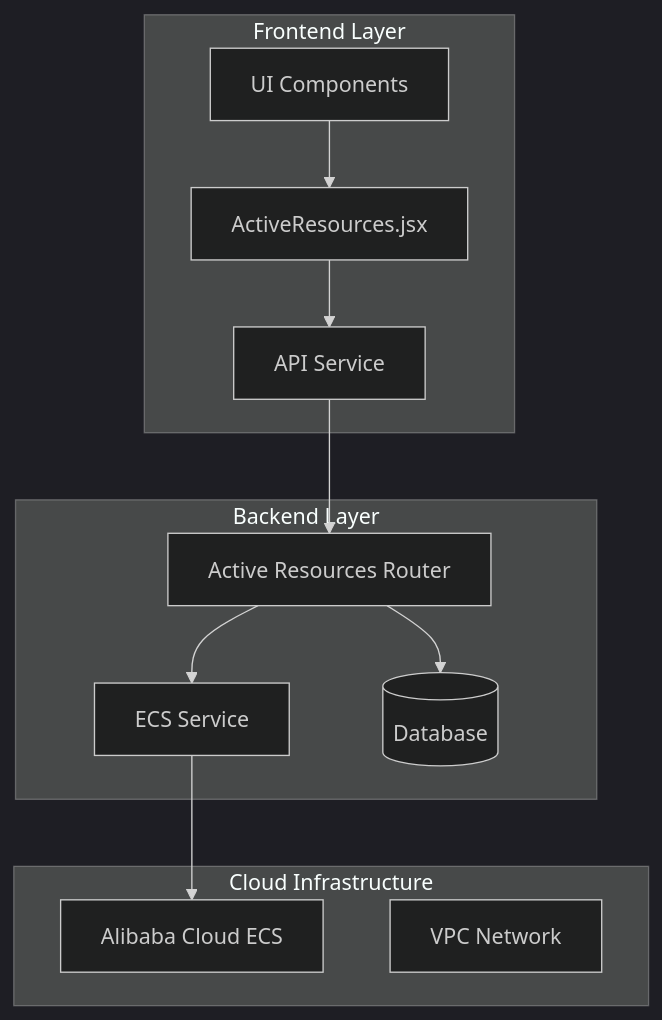
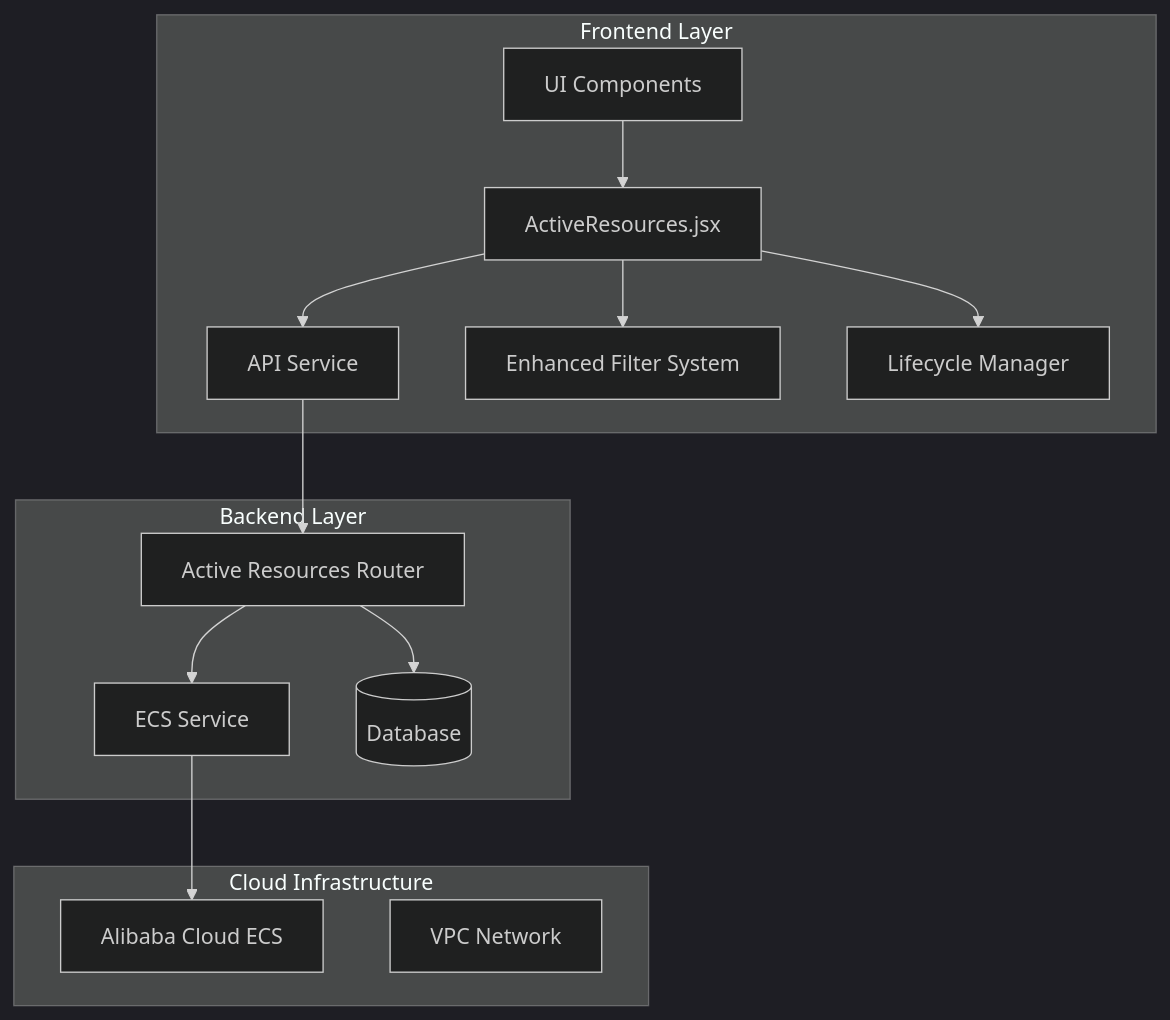
One commit to 14Lucifer/hackathon_ecs_creator changed the first of 6 diagrams in .qoder/repowiki/en/content/Frontend Development/Page Components & Routing/Active Resource Monitoring.md. Above: the diagram before and after it, drawn with Mermaid (dark theme). The commit also changed other lines of this file and 120 other files, not shown here.

````diff
--- a/.qoder/repowiki/en/content/Frontend Development/Page Components & Routing/Active Resource Monitoring.md
+++ b/.qoder/repowiki/en/content/Frontend Development/Page Components & Routing/Active Resource Monitoring.md
@@ -32,23 +43,27 @@
 ```mermaid
 graph TB
 subgraph "Frontend Layer"
 AR[ActiveResources.jsx]
 UI[UI Components]
 API[API Service]
+Filter[Enhanced Filter System]
+Lifecycle[Lifecycle Manager]
 end
 subgraph "Backend Layer"
 Router[Active Resources Router]
 ECS[ECS Service]
 DB[(Database)]
 end
 subgraph "Cloud Infrastructure"
 ALI[Alibaba Cloud ECS]
 VPC[VPC Network]
 end
 AR --> API
+AR --> Filter
+AR --> Lifecycle
 API --> Router
 Router --> ECS
 ECS --> ALI
 Router --> DB
 UI --> AR
 ```
````
